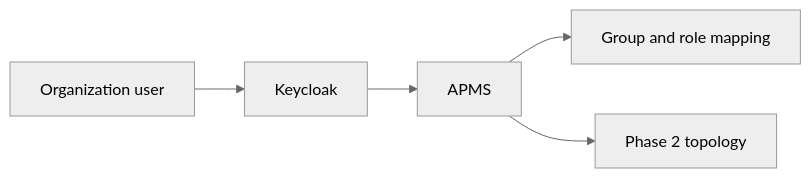
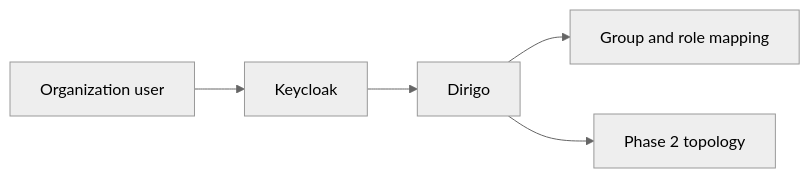
One commit to lisyoen/apms changed the fifth of 5 diagrams in docs/ARCHITECTURE.md. Above: the diagram before and after it, drawn with Mermaid (neutral theme). The commit also changed other lines of this file and 31 other files, not shown here.

Commit message:
feat: rename APMS to Dirigo in README, package and UI (#3)

````diff
--- a/docs/ARCHITECTURE.md
+++ b/docs/ARCHITECTURE.md
@@ -215,7 +217,7 @@
 ```mermaid
 flowchart LR
   U[Organization user] --> IDP[Keycloak]
-  IDP --> APP[APMS]
+  IDP --> APP[Dirigo]
   APP --> MAP[Group and role mapping]
   APP --> CORE[Phase 2 topology]
 ```
````
